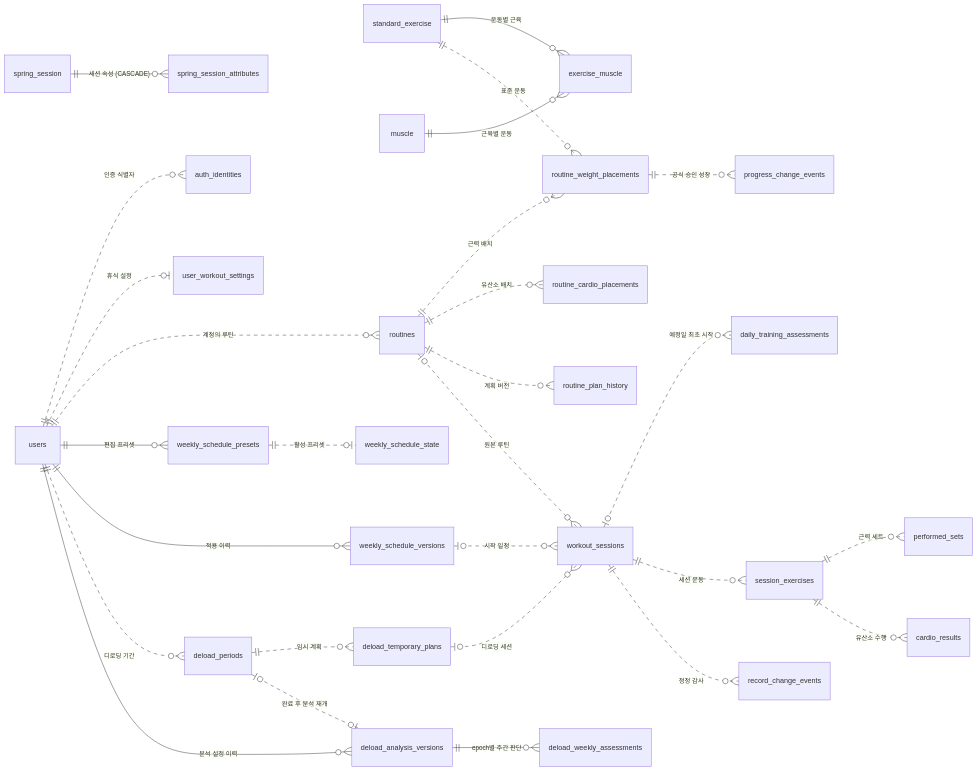
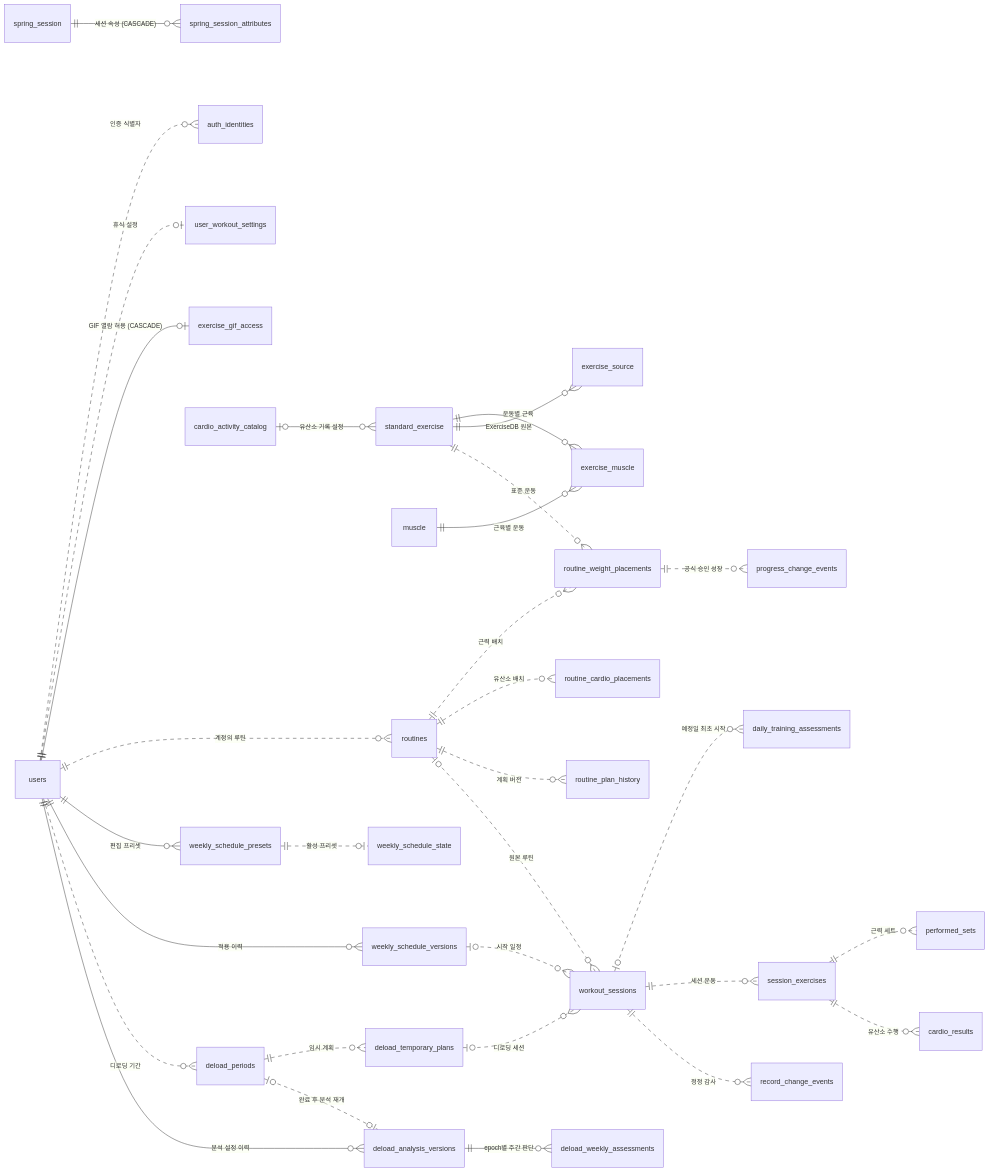
One commit to Bona-Stella/overload-server changed the first of 8 diagrams in docs/database/erd.md. Above: the diagram before and after it, drawn with Mermaid. The commit also changed other lines of this file and 88 other files, not shown here.

Commit message:
feat: complete standard exercise catalog backend integration

````diff
--- a/docs/database/erd.md
+++ b/docs/database/erd.md
@@ -12,31 +12,34 @@
 ```mermaid
 erDiagram
     direction LR
     users ||..o{ auth_identities : "인증 식별자"
     users ||..o| user_workout_settings : "휴식 설정"
+    users ||--o| exercise_gif_access : "GIF 열람 허용 (CASCADE)"
     spring_session ||--o{ spring_session_attributes : "세션 속성 (CASCADE)"
     standard_exercise ||--o{ exercise_muscle : "운동별 근육"
+    standard_exercise ||--o{ exercise_source : "ExerciseDB 원본"
+    cardio_activity_catalog |o--o{ standard_exercise : "유산소 기록 설정"
     muscle ||--o{ exercise_muscle : "근육별 운동"
     users ||..o{ routines : "계정의 루틴"
     standard_exercise ||..o{ routine_weight_placements : "표준 운동"
     routines ||..o{ routine_weight_placements : "근력 배치"
     routines ||..o{ routine_cardio_placements : "유산소 배치"
     routines ||..o{ routine_plan_history : "계획 버전"
     users ||--o{ weekly_schedule_presets : "편집 프리셋"
     weekly_schedule_presets ||..o| weekly_schedule_state : "활성 프리셋"
     users ||--o{ weekly_schedule_versions : "적용 이력"
     weekly_schedule_versions |o..o{ workout_sessions : "시작 일정"
     routines |o..o{ workout_sessions : "원본 루틴"
     workout_sessions |o..o{ daily_training_assessments : "예정일 최초 시작"
     workout_sessions ||..o{ session_exercises : "세션 운동"
     session_exercises ||..o{ performed_sets : "근력 세트"
     session_exercises ||..o{ cardio_results : "유산소 수행"
     workout_sessions ||..o{ record_change_events : "정정 감사"
     routine_weight_placements ||..o{ progress_change_events : "공식 승인 성장"
     users ||..o{ deload_periods : "디로딩 기간"
     deload_periods ||..o{ deload_temporary_plans : "임시 계획"
     deload_temporary_plans |o..o{ workout_sessions : "디로딩 세션"
     users ||--o{ deload_analysis_versions : "분석 설정 이력"
     deload_periods |o..o| deload_analysis_versions : "완료 후 분석 재개"
     deload_analysis_versions ||--o{ deload_weekly_assessments : "epoch별 주간 판단"
 ```
````
